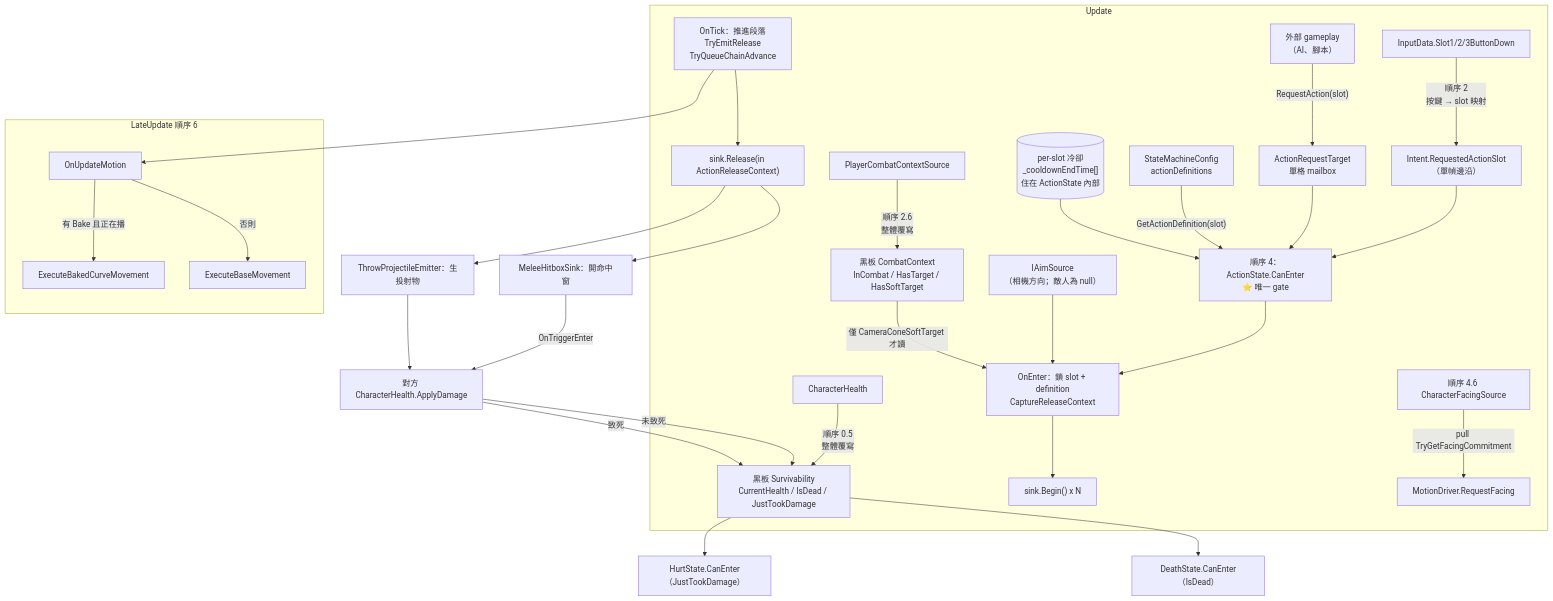
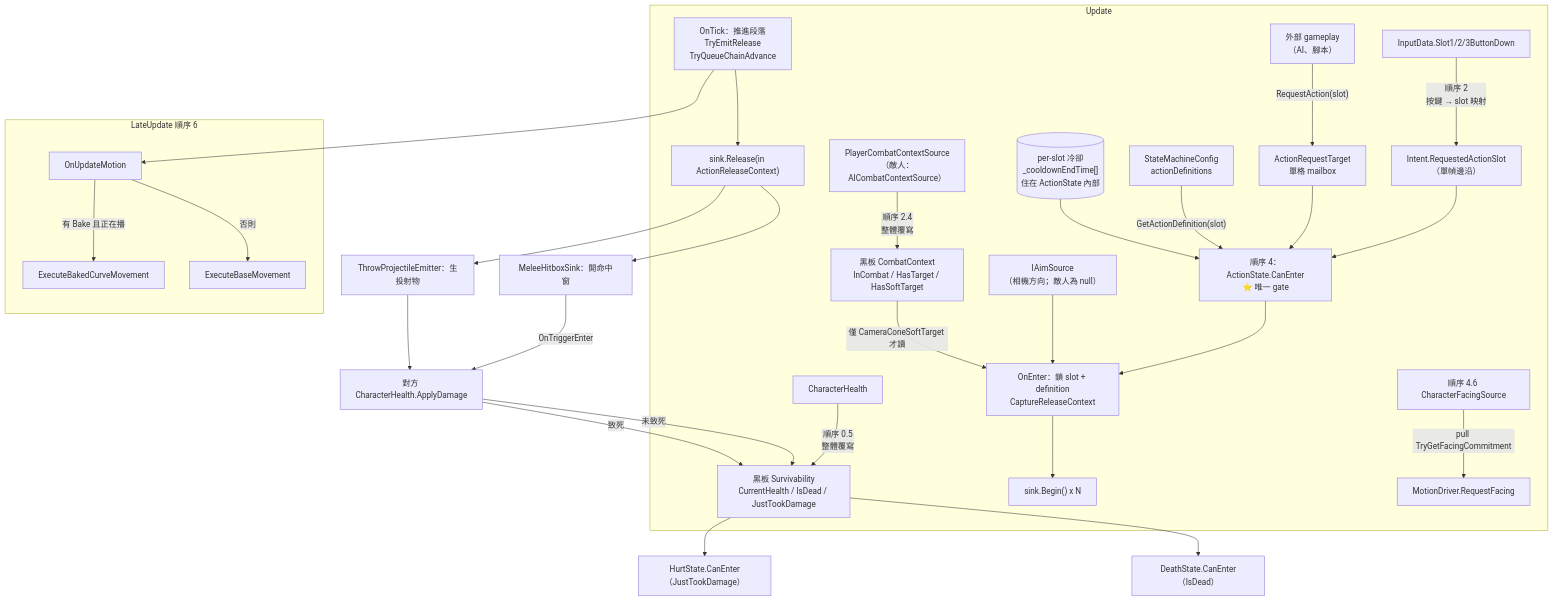
Before and after one commit to Baka8787/IntentPipeline: the first of 3 diagrams in docs/32-action-combat-architecture-guide.md, drawn with Mermaid. The commit also changed other lines of this file and 8 other files, not shown here.

First line of the commit message:
docs: 架構導讀與圖解頁 fold back WP-1b／WP-3a（管線 2.4、AICombatContextSource、施法限速政策）

````diff
--- a/docs/32-action-combat-architecture-guide.md
+++ b/docs/32-action-combat-architecture-guide.md
@@ -57,41 +57,41 @@
 ```mermaid
 flowchart TD
     subgraph U["Update"]
         IN["InputData.Slot1/2/3ButtonDown"] -->|"順序 2<br/>按鍵 → slot 映射"| INT["Intent.RequestedActionSlot<br/>（單幀邊沿）"]
         EXT["外部 gameplay<br/>（AI、腳本）"] -->|"RequestAction(slot)"| MB["ActionRequestTarget<br/>單格 mailbox"]
 
-        CC["PlayerCombatContextSource"] -->|"順序 2.6<br/>整體覆寫"| CTX["黑板 CombatContext<br/>InCombat / HasTarget / HasSoftTarget"]
+        CC["PlayerCombatContextSource<br/>（敵人：AICombatContextSource）"] -->|"順序 2.4<br/>整體覆寫"| CTX["黑板 CombatContext<br/>InCombat / HasTarget / HasSoftTarget"]
 
         HP["CharacterHealth"] -->|"順序 0.5<br/>整體覆寫"| SV["黑板 Survivability<br/>CurrentHealth / IsDead / JustTookDamage"]
 
         INT --> CE["順序 4：ActionState.CanEnter<br/>⭐ 唯一 gate"]
         MB --> CE
         CFG["StateMachineConfig<br/>actionDefinitions"] -->|"GetActionDefinition(slot)"| CE
         CD[("per-slot 冷卻<br/>_cooldownEndTime[]<br/>住在 ActionState 內部")] --> CE
 
         CE --> OE["OnEnter：鎖 slot + definition<br/>CaptureReleaseContext"]
         AIM["IAimSource<br/>（相機方向；敵人為 null）"] --> OE
         CTX -->|"僅 CameraConeSoftTarget 才讀"| OE
         OE --> SINKB["sink.Begin() x N"]
 
         TK["OnTick：推進段落<br/>TryEmitRelease<br/>TryQueueChainAdvance"]
         TK --> SINKR["sink.Release(in ActionReleaseContext)"]
 
         FS["順序 4.6 CharacterFacingSource"] -->|"pull TryGetFacingCommitment"| MD["MotionDriver.RequestFacing"]
     end
 
     subgraph L["LateUpdate 順序 6"]
         TK --> UM["OnUpdateMotion"]
         UM -->|"有 Bake 且正在播"| BC["ExecuteBakedCurveMovement"]
         UM -->|"否則"| BM["ExecuteBaseMovement"]
     end
 
     SINKR --> MH["MeleeHitboxSink：開命中窗"]
     SINKR --> PR["ThrowProjectileEmitter：生投射物"]
     MH -->|"OnTriggerEnter"| DMG["對方 CharacterHealth.ApplyDamage"]
     PR --> DMG
     DMG -->|"未致死"| SV
     DMG -->|"致死"| SV
     SV --> HS["HurtState.CanEnter（JustTookDamage）"]
     SV --> DS["DeathState.CanEnter（IsDead）"]
 ```
````
